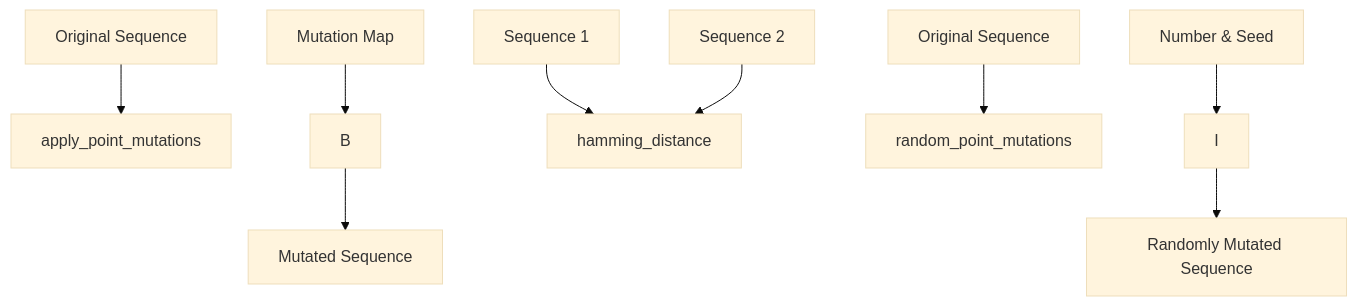
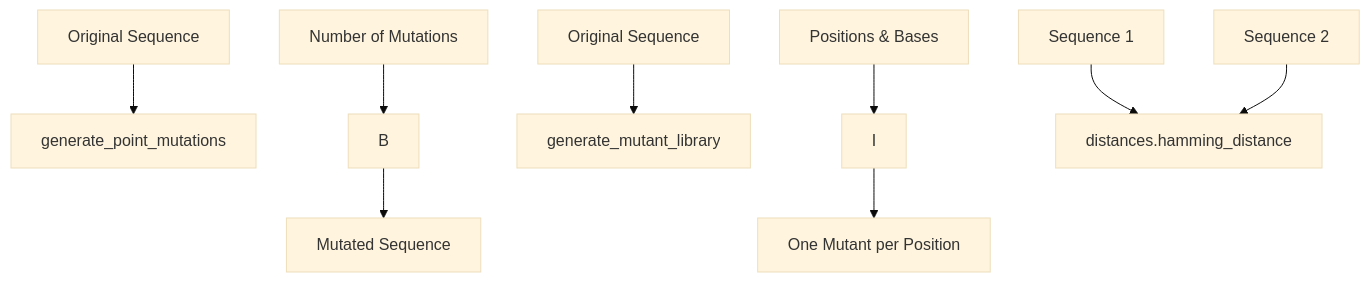
One commit to docxology/MetaInformAnt changed the diagram in docs/dna/mutations.md. Above: the diagram before and after it, drawn with Mermaid (base theme). The commit also changed other lines of this file and 532 other files, not shown here.

````diff
--- a/docs/dna/mutations.md
+++ b/docs/dna/mutations.md
@@ -5,12 +5,12 @@
 ```mermaid
 flowchart TD
-  AoriginalSequence[Original Sequence] --> BapplyPointMutations[apply_point_mutations]
-  CmutationMap[Mutation Map] --> B
+  AoriginalSequence[Original Sequence] --> BgeneratePointMutations[generate_point_mutations]
+  JnumberOfMutations[Number of Mutations] --> B
   B --> DmutatedSequence[Mutated Sequence]
-  
-  Esequence1[Sequence 1] & Fsequence2[Sequence 2] --> GhammingDistance[hamming_distance]
-  
-  HoriginalSequence[Original Sequence] --> IrandomPointMutations[random_point_mutations]
-  Jnumber&Seed[Number & Seed] --> I
-  I --> KrandomlyMutatedSequence[Randomly Mutated Sequence]
+
+  HoriginalSequence[Original Sequence] --> IgenerateMutantLibrary[generate_mutant_library]
+  CpositionsAndBases[Positions & Bases] --> I
+  I --> KmutantLibrary[One Mutant per Position]
+
+  Esequence1[Sequence 1] & Fsequence2[Sequence 2] --> GhammingDistance[distances.hamming_distance]
 ```
````
